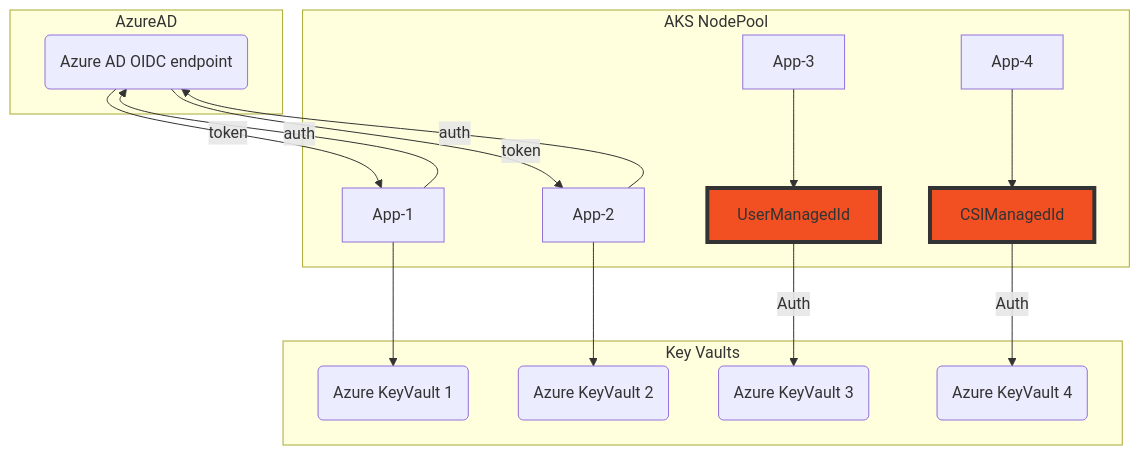
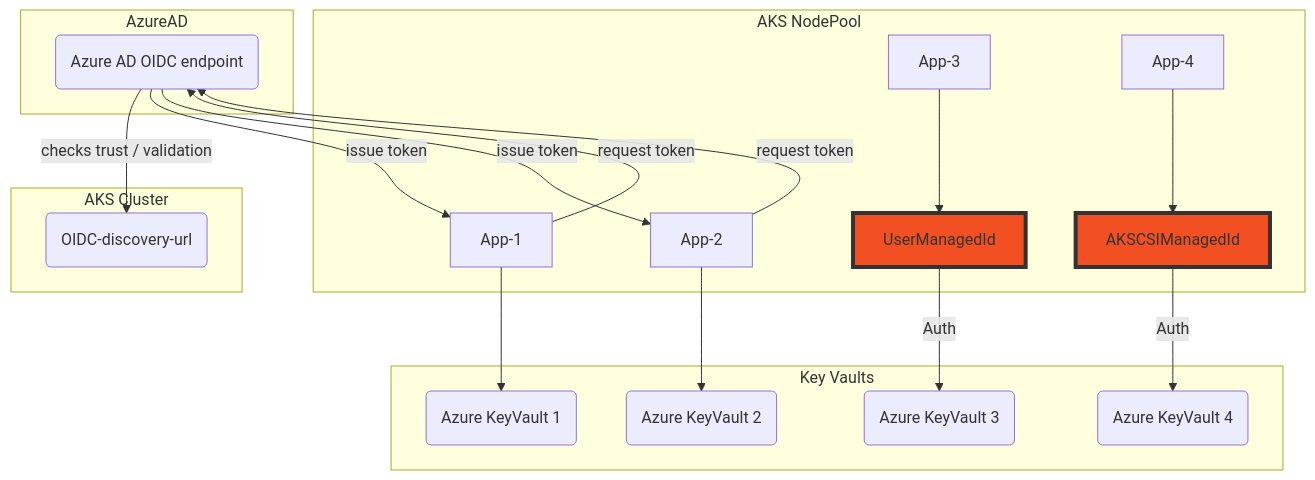
One commit to Gordonby/MermaidTheming changed the diagram in drafts/aks-managed-id.md. Above: the diagram before and after it, drawn with Mermaid.

````diff
--- a/drafts/aks-managed-id.md
+++ b/drafts/aks-managed-id.md
@@ -3,27 +3,31 @@
 ```mermaid
 graph TB
 
     subgraph AzureAD
     aad(Azure AD OIDC endpoint)
     end
     subgraph Key Vaults
     kv1(Azure KeyVault 1)
     kv2(Azure KeyVault 2)
     kv3(Azure KeyVault 3)
     kv4(Azure KeyVault 4)
     end
+    subgraph AKS Cluster
+    ko(OIDC-discovery-url)
+    end
     subgraph AKS NodePool
-    App-1-->|auth|aad
-    aad-->|token|App-1
+    App-1-->|request token|aad
+    aad-->|checks trust / validation|ko
+    aad-->|issue token|App-1
     App-1-->kv1
-    App-2-->|auth|aad
-    aad-->|token|App-2
+    App-2-->|request token|aad
+    aad-->|issue token|App-2
     App-2-->kv2
     App-3-->UserManagedId
-    App-4-->CSIManagedId
-    CSIManagedId-->|Auth|kv4
+    App-4-->AKSCSIManagedId
+    AKSCSIManagedId-->|Auth|kv4
     UserManagedId-->|Auth|kv3
     style UserManagedId fill:#F25022,stroke:#333,stroke-width:4px
-    style CSIManagedId fill:#F25022,stroke:#333,stroke-width:4px
+    style AKSCSIManagedId fill:#F25022,stroke:#333,stroke-width:4px
     end
 ```
````
